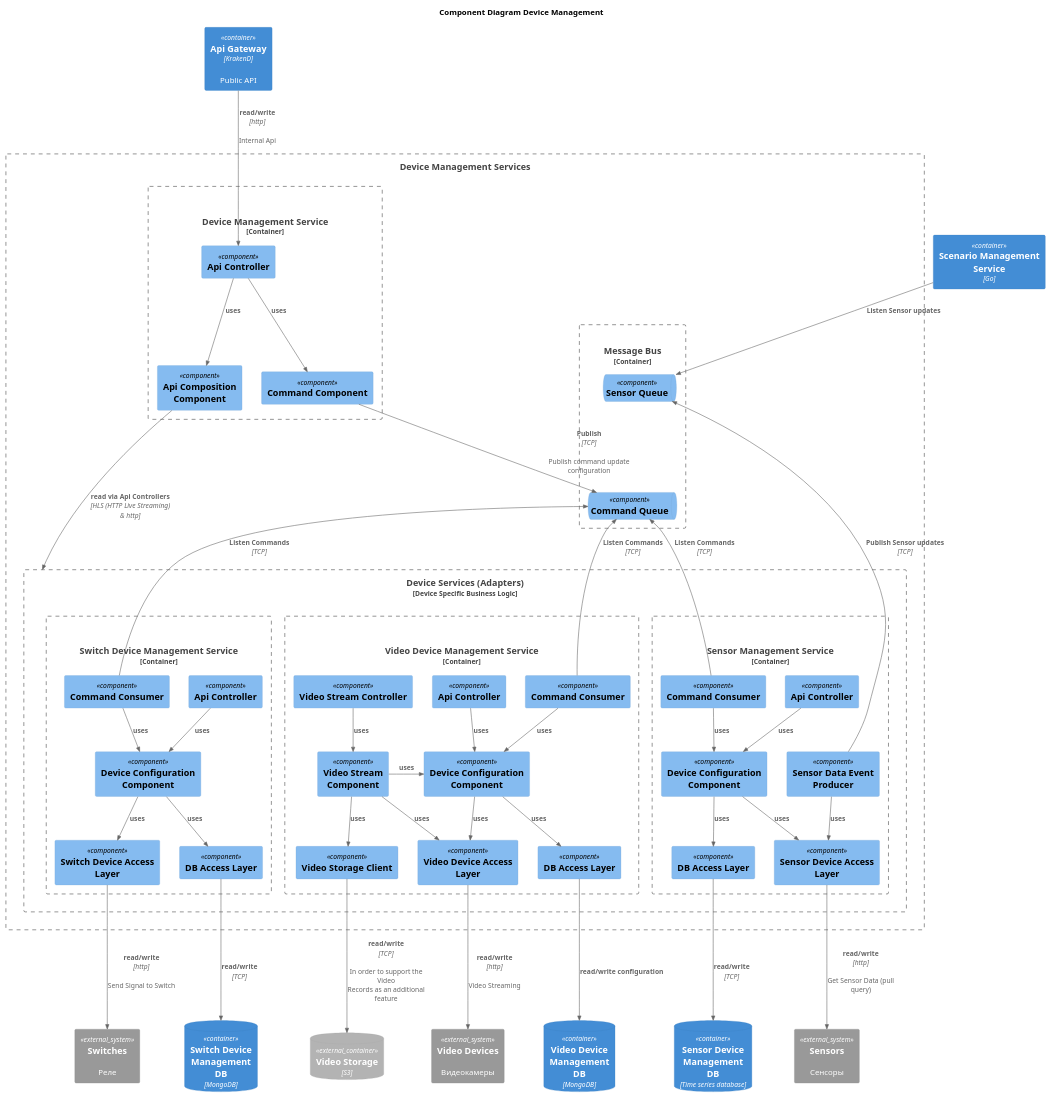
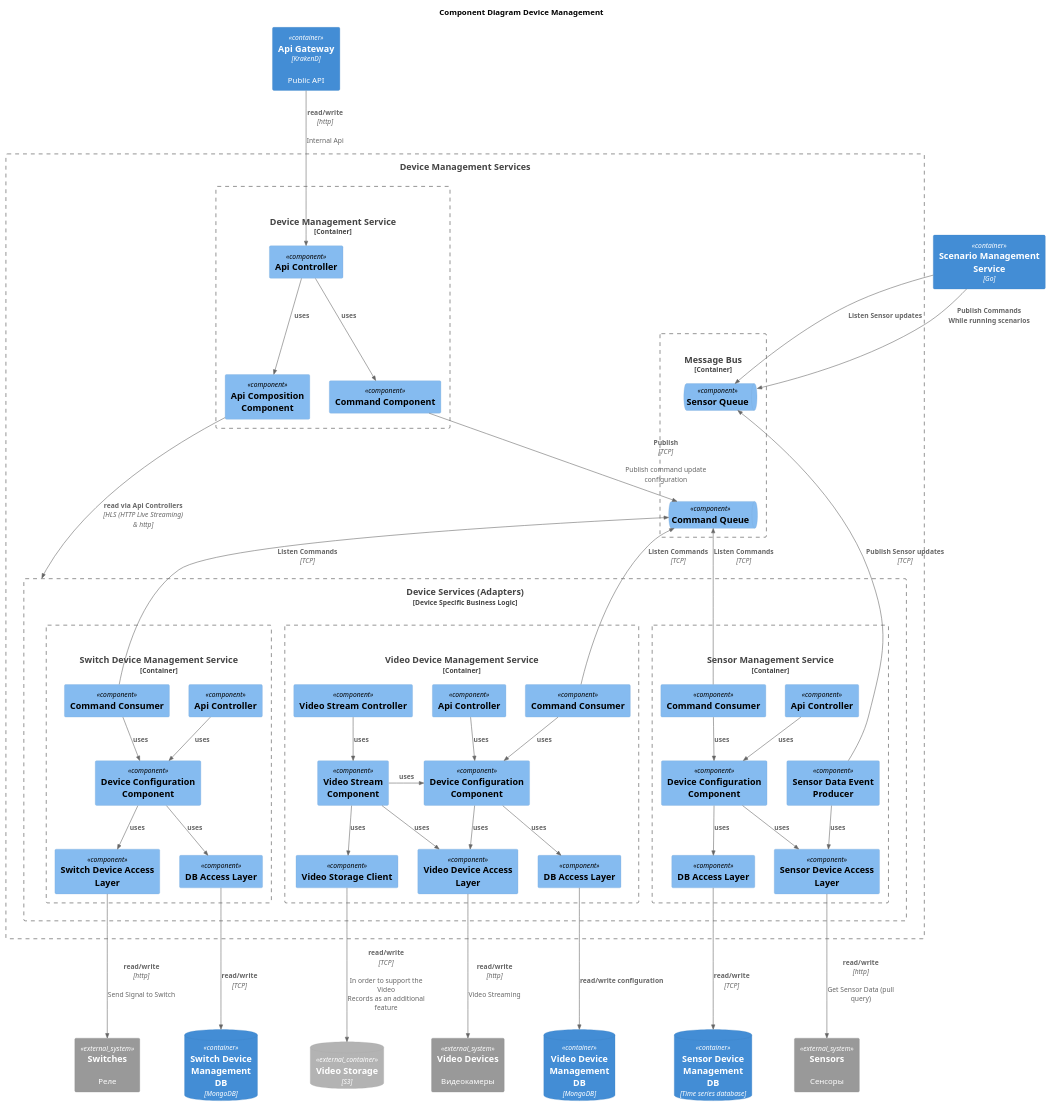
The diagram in Component_Diagram_Device_Management.puml (smamykin/practicum-architecture-sprint-3), drawn with PlantUML before and after one commit. The commit also changed 4 other files, not shown here.

Commit message:
sprint_3 part_1 | Component Diagram Device Management Services

```diff
--- a/Component_Diagram_Device_Management.puml
+++ b/Component_Diagram_Device_Management.puml
@@ -1,108 +1,109 @@
 @startuml
 title Component Diagram Device Management
 
 top to bottom direction
 
 !include C4.puml
 !include C4_Container.puml
 !include C4_Context.puml
 !include C4_Component.puml
 
 System_Ext(se1, "Sensors", "Сенсоры")
 System_Ext(se2, "Switches", "Реле")
 System_Ext(se3, "Video Devices", "Видеокамеры")
 
 ContainerDb_Ext(dbVideoS3, "Video Storage", "S3")
 
 ContainerDb(dbVideo, "Video Device Management\nDB", "MongoDB")
 ContainerDb(dbSensor, "Sensor Device Management\nDB", "Time series database")
 ContainerDb(dbSwitch, "Switch Device Management\nDB", "MongoDB")
 Container(ApiGateway, "Api Gateway", "KrakenD","Public API")
 Container(ScenarioManagement, "Scenario Management Service", "Go")
 
 
-Boundary(asdf, "Device Management Services") {
+Boundary(b1, "Device Management Services") {
     Container_Boundary(Bus, "Message Bus") {
         ComponentQueue(SensorQueue, "Sensor Queue")
         ComponentQueue(CommandQueue, "Command Queue")
     }
     Container_Boundary(DeviceManagement, "Device Management Service", "Go", "Facade for Public API") {
         Component(DeviceManagementCommandComponent, "Command Component")
         Component(DeviceManagementApiComposition, "Api Composition Component")
         Component(DeviceManagementApiController, "Api Controller")
         Rel(DeviceManagementApiController, DeviceManagementCommandComponent, "uses")
         Rel(DeviceManagementApiController, DeviceManagementApiComposition, "uses")
     }
     Boundary(DeviceServices, "Device Services (Adapters)", "Device Specific Business Logic", ) {
         Container_Boundary(SensorManagement, "Sensor Management Service", "Java") {
             Component(SensorManagementApiController, "Api Controller")
             Component(SensorManagementDeviceAccessLayer, "Sensor Device Access Layer")
             Component(SensorManagementConfigurationComponent, "Device Configuration Component")
             Component(SensorManagementCommandConsumer, "Command Consumer")
             Component(SensorManagementEventProducer, "Sensor Data Event Producer")
             Component(SensorManagementManagementDBAL, "DB Access Layer")
 
 
             Rel(SensorManagementApiController, SensorManagementConfigurationComponent, "uses")
             Rel(SensorManagementCommandConsumer, SensorManagementConfigurationComponent, "uses")
             Rel_D(SensorManagementConfigurationComponent, SensorManagementDeviceAccessLayer , "uses")
             Rel_D(SensorManagementConfigurationComponent,SensorManagementManagementDBAL,"uses")
             Rel_D(SensorManagementManagementDBAL,dbSensor,"read/write", "TCP")
             Rel_U(SensorManagementCommandConsumer, CommandQueue, "Listen Commands", "TCP")
             Rel_D(SensorManagementDeviceAccessLayer, se1,  "read/write", "http", "Get Sensor Data (pull query)")
             Rel_U(SensorManagementEventProducer, SensorQueue, "Publish Sensor updates", "TCP",)
             Rel(SensorManagementEventProducer, SensorManagementDeviceAccessLayer, "uses",)
         }
         Container_Boundary(VideoManagement, "Video Device Management Service", "Java") {
             Component(VideoManagementApiController, "Api Controller")
             Component(VideoManagementStreamController, "Video Stream Controller")
             Component(VideoManagementVideoDeviceAccessLayer, "Video Device Access Layer")
             Component(VideoManagementVideoStorageClient, "Video Storage Client")
             Component(VideoManagementConfigurationComponent, "Device Configuration Component")
             Component(VideoManagementVideoStreamComponent, "Video Stream Component")
             Component(VideoManagementCommandConsumer, "Command Consumer")
             Component(VideoManagementDBAL, "DB Access Layer")
 
             Rel(VideoManagementCommandConsumer, VideoManagementConfigurationComponent, "uses")
             Rel_D(VideoManagementConfigurationComponent, VideoManagementVideoDeviceAccessLayer, "uses")
             Rel(VideoManagementApiController, VideoManagementConfigurationComponent, "uses")
             Rel(VideoManagementStreamController, VideoManagementVideoStreamComponent, "uses")
             Rel(VideoManagementConfigurationComponent, VideoManagementDBAL, "uses")
             Rel(VideoManagementDBAL, dbVideo, "read/write configuration")
             Rel_R(VideoManagementVideoStreamComponent,VideoManagementConfigurationComponent, "uses")
             Rel(VideoManagementVideoStreamComponent,VideoManagementVideoStorageClient, "uses")
             Rel(VideoManagementVideoStreamComponent,VideoManagementVideoDeviceAccessLayer, "uses")
             Rel_D(VideoManagementVideoDeviceAccessLayer, se3, "read/write", "http", "Video Streaming")
             Rel_D(VideoManagementVideoStorageClient, dbVideoS3, "read/write", "TCP", "In order to support the Video Records as an additional feature")
             Rel_U(VideoManagementCommandConsumer, CommandQueue, "Listen Commands", "TCP")
         }
 
         Container_Boundary(SwitchManagement, "Switch Device Management Service", "Java") {
             Component(SwitchManagementApiController, "Api Controller")
             Component(SwitchManagementDeviceAccessLayer, "Switch Device Access Layer")
             Component(SwitchManagementConfigurationComponent, "Device Configuration Component")
             Component(SwitchManagementCommandConsumer, "Command Consumer")
             Component(SwitchManagementManagementDBAL, "DB Access Layer")
 
 
             Rel(SwitchManagementApiController, SwitchManagementConfigurationComponent, "uses")
             Rel(SwitchManagementCommandConsumer, SwitchManagementConfigurationComponent, "uses")
             Rel_D(SwitchManagementConfigurationComponent, SwitchManagementDeviceAccessLayer , "uses")
             Rel_D(SwitchManagementConfigurationComponent,SwitchManagementManagementDBAL,"uses")
             Rel_D(SwitchManagementManagementDBAL,dbSwitch,"read/write", "TCP")
             Rel_U(SwitchManagementCommandConsumer, CommandQueue, "Listen Commands", "TCP")
             Rel_D(SwitchManagementDeviceAccessLayer, se2,  "read/write", "http", "Send Signal to Switch")
         }
     }
 
 }
 
 
 Rel(DeviceManagementApiComposition, DeviceServices, "read via Api Controllers", "HLS (HTTP Live Streaming) & http")
 Rel(ApiGateway,DeviceManagementApiController, "read/write", "http", "Internal Api")
 Rel(ScenarioManagement, SensorQueue, "Listen Sensor updates")
+Rel(ScenarioManagement, SensorQueue, "Publish Commands While running scenarios")
 Rel(DeviceManagementCommandComponent, CommandQueue, "Publish" , "TCP", "Publish command update configuration")
 Lay_D(SensorQueue, CommandQueue)
 
 
 @enduml
```
